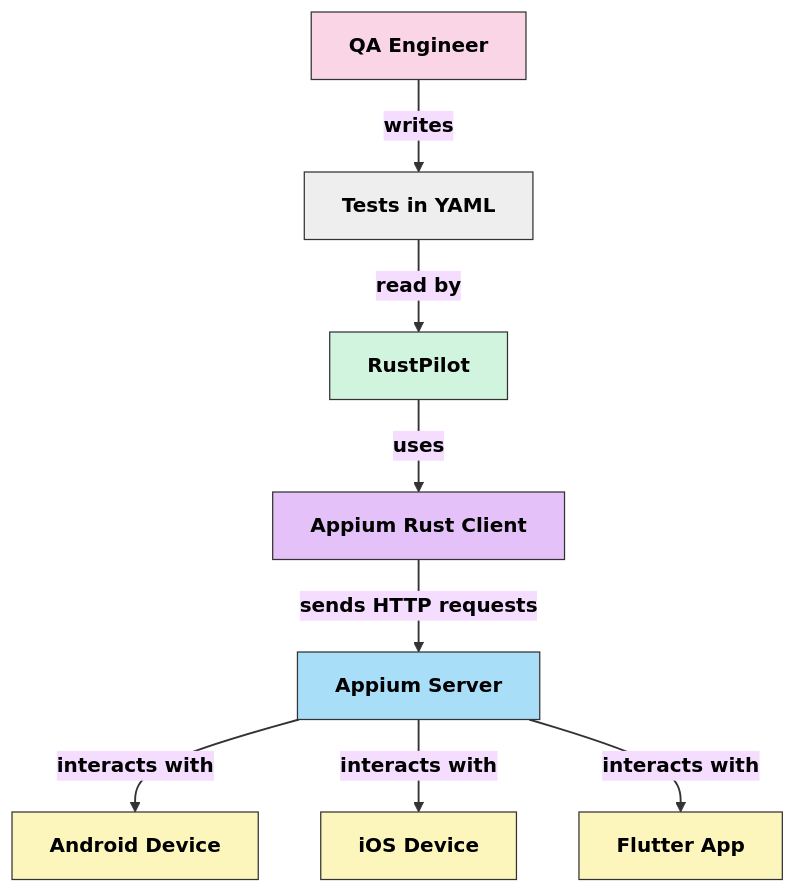
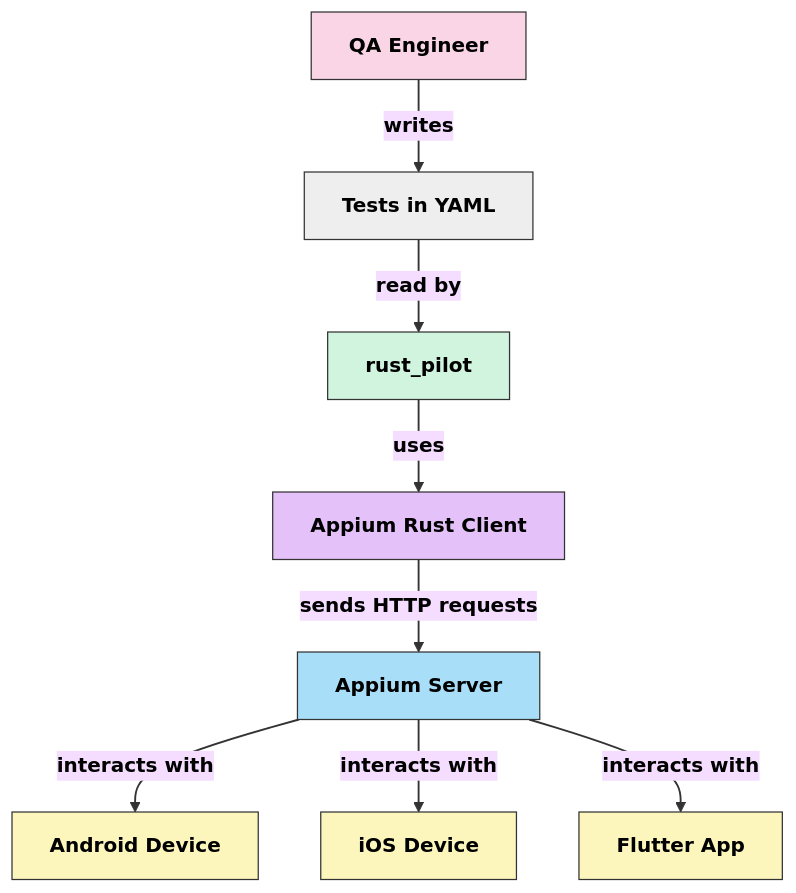
The diagram in README.md (diegoQuinas/rust_pilot), drawn with Mermaid (base theme) before and after one commit. The commit also changed other lines of this file, not shown here.

Commit message:
develop(feat): changed RustPilot to rust_pilot naming

````diff
--- a/README.md
+++ b/README.md
@@ -28,32 +28,32 @@
 ```mermaid
 flowchart TD
     %% Class definitions for styling
     classDef engineer fill:#f9d5e5,stroke:#333,stroke-width:1px,color:black,font-weight:bold
     classDef yaml fill:#eeeeee,stroke:#333,stroke-width:1px,color:black,font-weight:bold
     classDef rustpilot fill:#d0f4de,stroke:#333,stroke-width:1px,color:black,font-weight:bold
     classDef client fill:#e4c1f9,stroke:#333,stroke-width:1px,color:black,font-weight:bold
     classDef server fill:#a9def9,stroke:#333,stroke-width:1px,color:black,font-weight:bold
     classDef device fill:#fcf6bd,stroke:#333,stroke-width:1px,color:black,font-weight:bold
     classDef edgeLabel color:black,font-weight:bold
     
     QA["<b>QA Engineer</b>"] -->|"<b>writes</b>"| YAML["<b>Tests in YAML</b>"]
-    YAML -->|"<b>read by</b>"| RP["<b>RustPilot</b>"]
+    YAML -->|"<b>read by</b>"| RP["<b>rust_pilot</b>"]
     RP -->|"<b>uses</b>"| ARC["<b>Appium Rust Client</b>"]
     ARC -->|"<b>sends HTTP requests</b>"| AS["<b>Appium Server</b>"]
     AS -->|"<b>interacts with</b>"| Android["<b>Android Device</b>"]
     AS -->|"<b>interacts with</b>"| iOS["<b>iOS Device</b>"]
     AS -->|"<b>interacts with</b>"| Flutter["<b>Flutter App</b>"]
     
     %% Apply classes to nodes
     QA:::engineer
     YAML:::yaml
     RP:::rustpilot
     ARC:::client
     AS:::server
     Android:::device
     iOS:::device
     Flutter:::device
     
     %% Apply style to all edge labels
     linkStyle 0,1,2,3,4,5,6 stroke-width:1.5px,fill:none,stroke:#333
 ```
````
